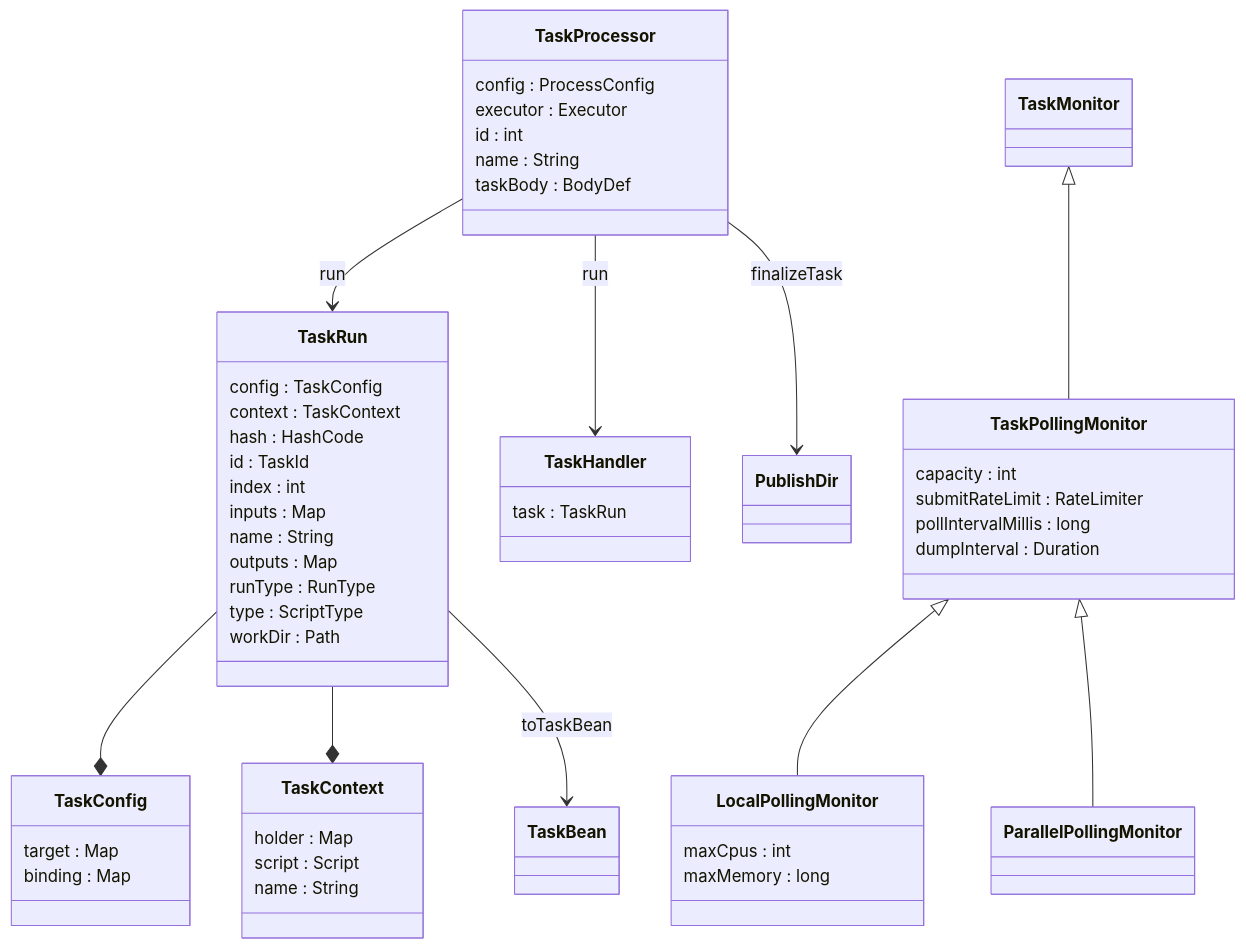
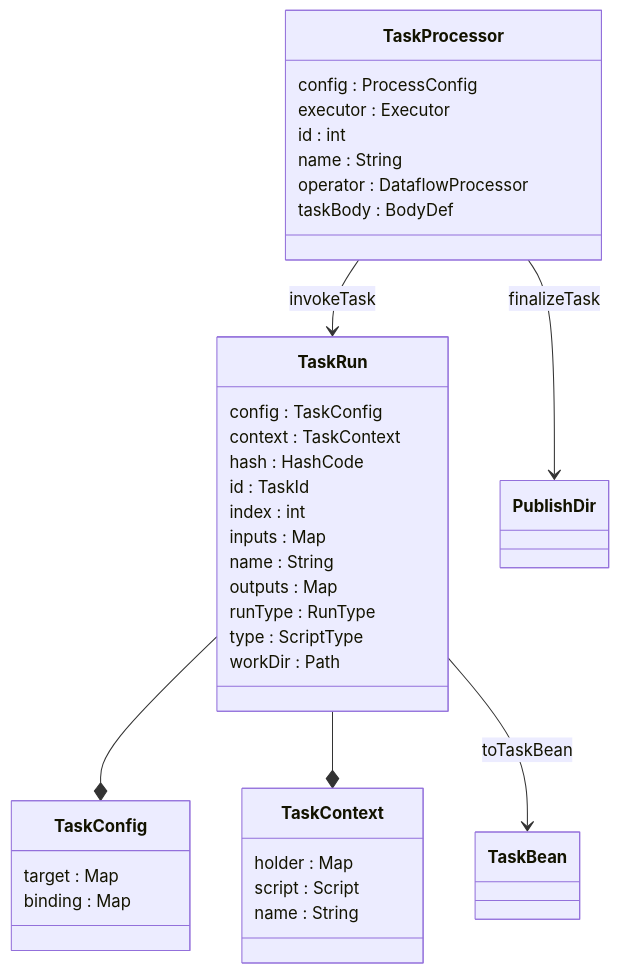
The diagram in docs/developer/diagrams/nextflow.processor.mmd (nextflow-io/nextflow), drawn with Mermaid before and after one commit. The commit also changed 12 other files, not shown here.

```diff
--- a/docs/developer/diagrams/nextflow.processor.mmd
+++ b/docs/developer/diagrams/nextflow.processor.mmd
@@ -1,65 +1,44 @@
 classDiagram
     %%
     %% nextflow.processor
     %%
     %% ProcessDef --> TaskProcessor : run
 
     class TaskProcessor {
         config : ProcessConfig
         executor : Executor
         id : int
         name : String
+        operator : DataflowProcessor
         taskBody : BodyDef
     }
-    TaskProcessor --> TaskRun : run
-    TaskProcessor --> TaskHandler : run
+    TaskProcessor --> TaskRun : invokeTask
     TaskProcessor --> PublishDir : finalizeTask
 
     class TaskRun {
         config : TaskConfig
         context : TaskContext
         hash : HashCode
         id : TaskId
         index : int
         inputs : Map
         name : String
         outputs : Map
         runType : RunType
         type : ScriptType
         workDir : Path
     }
     TaskRun --* TaskConfig
     TaskRun --* TaskContext
     TaskRun --> TaskBean : toTaskBean
 
     class TaskConfig {
         target : Map
         binding : Map
     }
 
     class TaskContext {
         holder : Map
         script : Script
         name : String
     }
-
-    class TaskHandler {
-        task : TaskRun
-    }
-
-    TaskMonitor <|-- TaskPollingMonitor
-
-    class TaskPollingMonitor {
-        capacity : int
-        submitRateLimit : RateLimiter
-        pollIntervalMillis : long
-        dumpInterval : Duration
-    }
-
-    TaskPollingMonitor <|-- LocalPollingMonitor
-    TaskPollingMonitor <|-- ParallelPollingMonitor
-
-    class LocalPollingMonitor {
-        maxCpus : int
-        maxMemory : long
-    }
```
